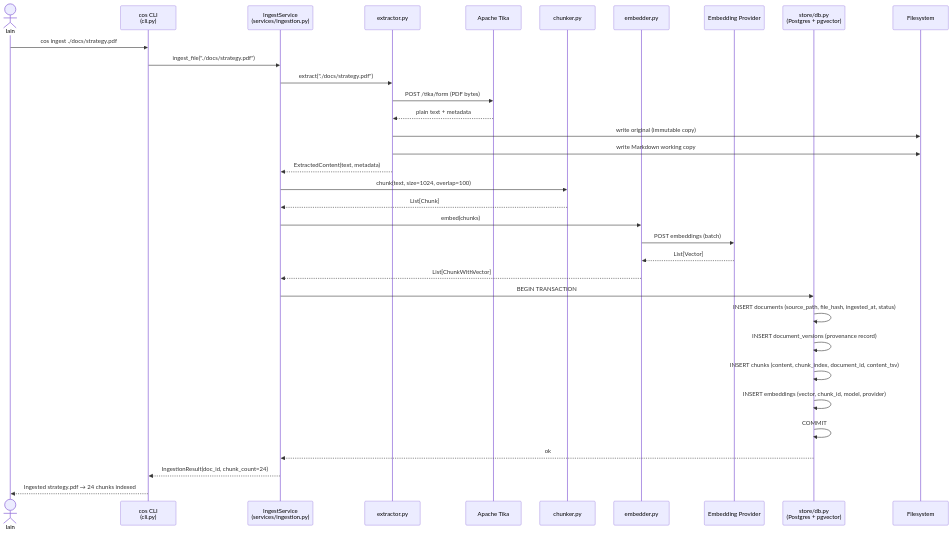
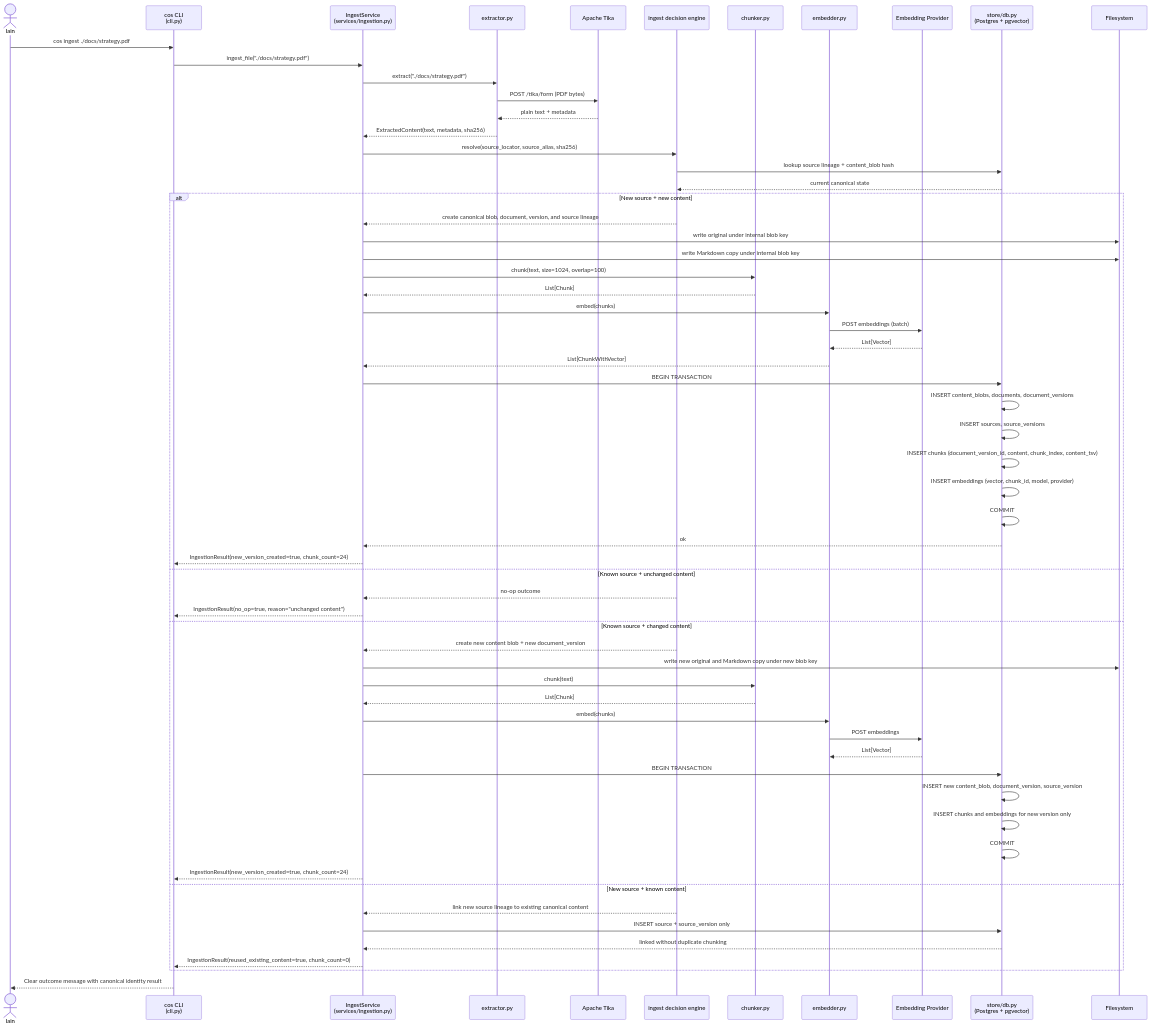
Before and after one commit to iainhgl/chief-of-staff: the sixth of 13 diagrams in _bmad-output/planning-artifacts/architecture-diagrams.md, drawn with Mermaid. The commit also changed other lines of this file and 11 other files, not shown here.

First line of the commit message:
Implement story 6.1 canonical blob, source, and version schema hardening

````diff
--- a/_bmad-output/planning-artifacts/architecture-diagrams.md
+++ b/_bmad-output/planning-artifacts/architecture-diagrams.md
@@ -183,37 +183,67 @@
 ```mermaid
 sequenceDiagram
     actor Iain
     participant CLI as cos CLI<br/>(cli.py)
     participant IS as IngestService<br/>(services/ingestion.py)
     participant EX as extractor.py
     participant Tika as Apache Tika
+    participant DEC as ingest decision engine
     participant CK as chunker.py
     participant EM as embedder.py
     participant EmbAPI as Embedding Provider
     participant DB as store/db.py<br/>(Postgres + pgvector)
     participant FS as Filesystem
 
     Iain->>CLI: cos ingest ./docs/strategy.pdf
     CLI->>IS: ingest_file("./docs/strategy.pdf")
     IS->>EX: extract("./docs/strategy.pdf")
     EX->>Tika: POST /tika/form (PDF bytes)
     Tika-->>EX: plain text + metadata
-    EX->>FS: write original (immutable copy)
-    EX->>FS: write Markdown working copy
-    EX-->>IS: ExtractedContent(text, metadata)
-    IS->>CK: chunk(text, size=1024, overlap=100)
-    CK-->>IS: List[Chunk]
-    IS->>EM: embed(chunks)
-    EM->>EmbAPI: POST embeddings (batch)
-    EmbAPI-->>EM: List[Vector]
-    EM-->>IS: List[ChunkWithVector]
-    IS->>DB: BEGIN TRANSACTION
-    DB->>DB: INSERT documents (source_path, file_hash, ingested_at, status)
-    DB->>DB: INSERT document_versions (provenance record)
-    DB->>DB: INSERT chunks (content, chunk_index, document_id, content_tsv)
-    DB->>DB: INSERT embeddings (vector, chunk_id, model, provider)
-    DB->>DB: COMMIT
-    DB-->>IS: ok
-    IS-->>CLI: IngestionResult(doc_id, chunk_count=24)
-    CLI-->>Iain: Ingested strategy.pdf → 24 chunks indexed
+    EX-->>IS: ExtractedContent(text, metadata, sha256)
+    IS->>DEC: resolve(source_locator, source_alias, sha256)
+    DEC->>DB: lookup source lineage + content_blob hash
+    DB-->>DEC: current canonical state
+
+    alt New source + new content
+        DEC-->>IS: create canonical blob, document, version, and source lineage
+        IS->>FS: write original under internal blob key
+        IS->>FS: write Markdown copy under internal blob key
+        IS->>CK: chunk(text, size=1024, overlap=100)
+        CK-->>IS: List[Chunk]
+        IS->>EM: embed(chunks)
+        EM->>EmbAPI: POST embeddings (batch)
+        EmbAPI-->>EM: List[Vector]
+        EM-->>IS: List[ChunkWithVector]
+        IS->>DB: BEGIN TRANSACTION
+        DB->>DB: INSERT content_blobs, documents, document_versions
+        DB->>DB: INSERT sources, source_versions
+        DB->>DB: INSERT chunks (document_version_id, content, chunk_index, content_tsv)
+        DB->>DB: INSERT embeddings (vector, chunk_id, model, provider)
+        DB->>DB: COMMIT
+        DB-->>IS: ok
+        IS-->>CLI: IngestionResult(new_version_created=true, chunk_count=24)
+    else Known source + unchanged content
+        DEC-->>IS: no-op outcome
+        IS-->>CLI: IngestionResult(no_op=true, reason="unchanged content")
+    else Known source + changed content
+        DEC-->>IS: create new content blob + new document_version
+        IS->>FS: write new original and Markdown copy under new blob key
+        IS->>CK: chunk(text)
+        CK-->>IS: List[Chunk]
+        IS->>EM: embed(chunks)
+        EM->>EmbAPI: POST embeddings
+        EmbAPI-->>EM: List[Vector]
+        IS->>DB: BEGIN TRANSACTION
+        DB->>DB: INSERT new content_blob, document_version, source_version
+        DB->>DB: INSERT chunks and embeddings for new version only
+        DB->>DB: COMMIT
+        IS-->>CLI: IngestionResult(new_version_created=true, chunk_count=24)
+    else New source + known content
+        DEC-->>IS: link new source lineage to existing canonical content
+        IS->>DB: INSERT source + source_version only
+        DB-->>IS: linked without duplicate chunking
+        IS-->>CLI: IngestionResult(reused_existing_content=true, chunk_count=0)
+    end
+
+    CLI-->>Iain: Clear outcome message with canonical identity result
 ```
````
